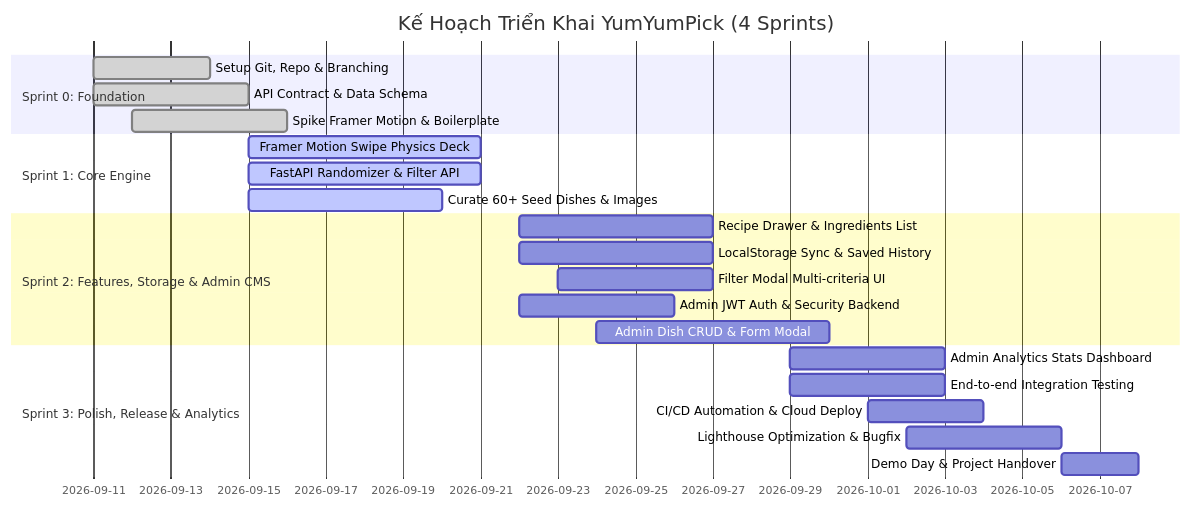
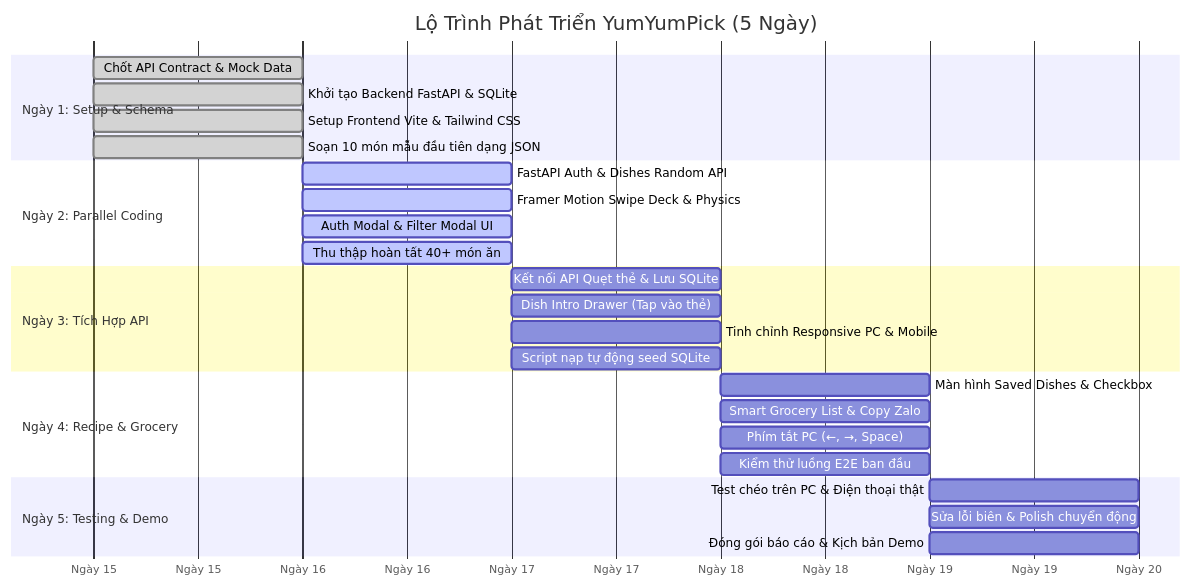
One commit to snowwminhduc1212/YumYumPick changed the diagram in docs/06_SPRINT_ROADMAP_AND_TODO_PER_ROLE.md. Above: the diagram before and after it, drawn with Mermaid. The commit also changed other lines of this file and 9 other files, not shown here.

Commit message:
refactor: simplify project scope to 5-day sprint with SQLite, simple auth, responsive UI and parallel tasks

````diff
--- a/docs/06_SPRINT_ROADMAP_AND_TODO_PER_ROLE.md
+++ b/docs/06_SPRINT_ROADMAP_AND_TODO_PER_ROLE.md
@@ -9,25 +9,35 @@
 ```mermaid
 gantt
-    title Kế Hoạch Triển Khai YumYumPick (4 Sprints)
+    title Lộ Trình Phát Triển YumYumPick (5 Ngày)
     dateFormat  YYYY-MM-DD
-    section Sprint 0: Foundation
-    Setup Git, Repo & Branching        :done, s0_1, 2026-09-11, 3d
-    API Contract & Data Schema         :done, s0_2, 2026-09-11, 4d
-    Spike Framer Motion & Boilerplate  :done, s0_3, 2026-09-12, 4d
-    section Sprint 1: Core Engine
-    Framer Motion Swipe Physics Deck   :active, s1_1, 2026-09-15, 6d
-    FastAPI Randomizer & Filter API    :active, s1_2, 2026-09-15, 6d
-    Curate 60+ Seed Dishes & Images    :active, s1_3, 2026-09-15, 5d
-    section Sprint 2: Features, Storage & Admin CMS
-    Recipe Drawer & Ingredients List   :s2_1, 2026-09-22, 5d
-    LocalStorage Sync & Saved History  :s2_2, 2026-09-22, 5d
-    Filter Modal Multi-criteria UI     :s2_3, 2026-09-23, 4d
-    Admin JWT Auth & Security Backend  :s2_4, 2026-09-22, 4d
-    Admin Dish CRUD & Form Modal       :s2_5, 2026-09-24, 6d
-    section Sprint 3: Polish, Release & Analytics
-    Admin Analytics Stats Dashboard    :s3_1, 2026-09-29, 4d
-    End-to-end Integration Testing    :s3_2, 2026-09-29, 4d
-    CI/CD Automation & Cloud Deploy    :s3_3, 2026-10-01, 3d
-    Lighthouse Optimization & Bugfix   :s3_4, 2026-10-02, 4d
-    Demo Day & Project Handover        :s3_5, 2026-10-06, 2d
+    axisFormat  Ngày %d
+    
+    section Ngày 1: Setup & Schema
+    Chốt API Contract & Mock Data      :done, d1_1, 2026-09-15, 1d
+    Khởi tạo Backend FastAPI & SQLite  :done, d1_2, 2026-09-15, 1d
+    Setup Frontend Vite & Tailwind CSS :done, d1_3, 2026-09-15, 1d
+    Soạn 10 món mẫu đầu tiên dạng JSON :done, d1_4, 2026-09-15, 1d
+    
+    section Ngày 2: Parallel Coding
+    FastAPI Auth & Dishes Random API   :active, d2_1, 2026-09-16, 1d
+    Framer Motion Swipe Deck & Physics :active, d2_2, 2026-09-16, 1d
+    Auth Modal & Filter Modal UI       :active, d2_3, 2026-09-16, 1d
+    Thu thập hoàn tất 40+ món ăn       :active, d2_4, 2026-09-16, 1d
+    
+    section Ngày 3: Tích Hợp API
+    Kết nối API Quẹt thẻ & Lưu SQLite  :d3_1, 2026-09-17, 1d
+    Dish Intro Drawer (Tap vào thẻ)    :d3_2, 2026-09-17, 1d
+    Tinh chỉnh Responsive PC & Mobile  :d3_3, 2026-09-17, 1d
+    Script nạp tự động seed SQLite     :d3_4, 2026-09-17, 1d
+    
+    section Ngày 4: Recipe & Grocery
+    Màn hình Saved Dishes & Checkbox   :d4_1, 2026-09-18, 1d
+    Smart Grocery List & Copy Zalo     :d4_2, 2026-09-18, 1d
+    Phím tắt PC (←, →, Space)          :d4_3, 2026-09-18, 1d
+    Kiểm thử luồng E2E ban đầu         :d4_4, 2026-09-18, 1d
+    
+    section Ngày 5: Testing & Demo
+    Test chéo trên PC & Điện thoại thật:d5_1, 2026-09-19, 1d
+    Sửa lỗi biên & Polish chuyển động  :d5_2, 2026-09-19, 1d
+    Đóng gói báo cáo & Kịch bản Demo   :d5_3, 2026-09-19, 1d
 ```
````
